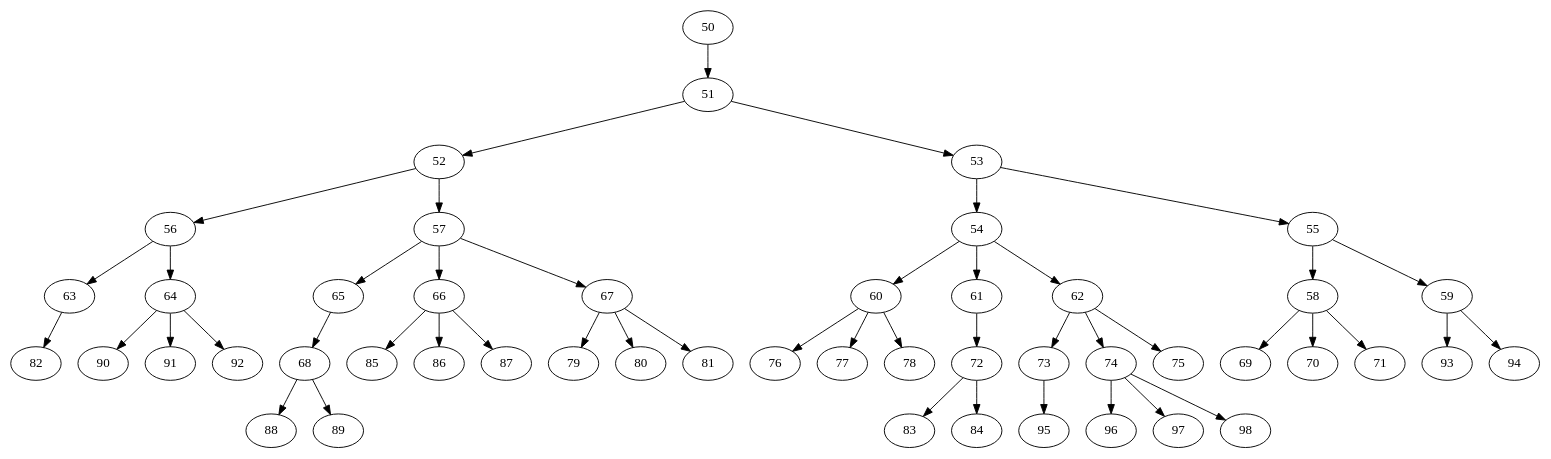
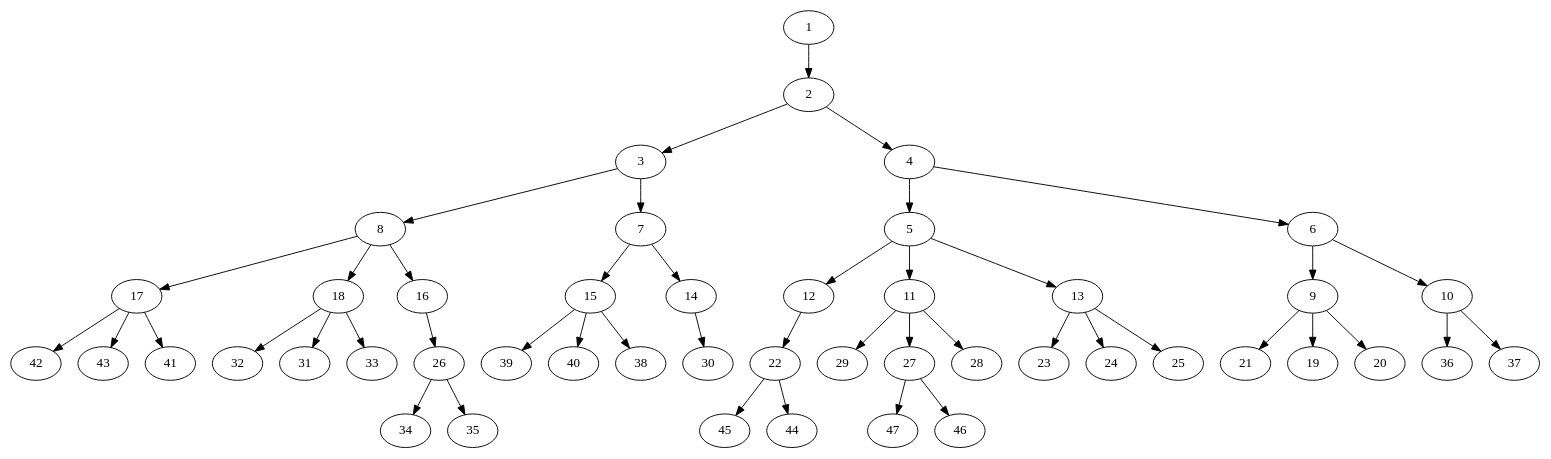
The diagram in Clases/test.dot (DonAurelio/ia-search-algorithms), drawn with Graphviz before and after one commit. The commit also changed 4 other files, not shown here.

```diff
--- a/Clases/test.dot
+++ b/Clases/test.dot
@@ -1,50 +1,48 @@
 strict digraph  {
-	50 -> 51;
-	51 -> 52;
-	51 -> 53;
-	52 -> 56;
-	52 -> 57;
-	53 -> 54;
-	53 -> 55;
-	54 -> 60;
-	54 -> 61;
-	54 -> 62;
-	55 -> 58;
-	55 -> 59;
-	56 -> 63;
-	56 -> 64;
-	57 -> 65;
-	57 -> 66;
-	57 -> 67;
-	58 -> 69;
-	58 -> 70;
-	58 -> 71;
-	59 -> 93;
-	59 -> 94;
-	60 -> 76;
-	60 -> 77;
-	60 -> 78;
-	61 -> 72;
-	62 -> 73;
-	62 -> 74;
-	62 -> 75;
-	63 -> 82;
-	64 -> 90;
-	64 -> 91;
-	64 -> 92;
-	65 -> 68;
-	66 -> 85;
-	66 -> 86;
-	66 -> 87;
-	67 -> 79;
-	67 -> 80;
-	67 -> 81;
-	68 -> 88;
-	68 -> 89;
-	72 -> 83;
-	72 -> 84;
-	73 -> 95;
-	74 -> 96;
-	74 -> 97;
-	74 -> 98;
+	1 -> 2;
+	2 -> 3;
+	2 -> 4;
+	3 -> 8;
+	3 -> 7;
+	4 -> 5;
+	4 -> 6;
+	5 -> 12;
+	5 -> 11;
+	5 -> 13;
+	6 -> 9;
+	6 -> 10;
+	7 -> 15;
+	7 -> 14;
+	8 -> 17;
+	8 -> 18;
+	8 -> 16;
+	9 -> 21;
+	9 -> 19;
+	9 -> 20;
+	10 -> 36;
+	10 -> 37;
+	11 -> 29;
+	11 -> 27;
+	11 -> 28;
+	12 -> 22;
+	13 -> 23;
+	13 -> 24;
+	13 -> 25;
+	14 -> 30;
+	15 -> 39;
+	15 -> 40;
+	15 -> 38;
+	16 -> 26;
+	17 -> 42;
+	17 -> 43;
+	17 -> 41;
+	18 -> 32;
+	18 -> 31;
+	18 -> 33;
+	22 -> 45;
+	22 -> 44;
+	26 -> 34;
+	26 -> 35;
+	27 -> 47;
+	27 -> 46;
 }
```
